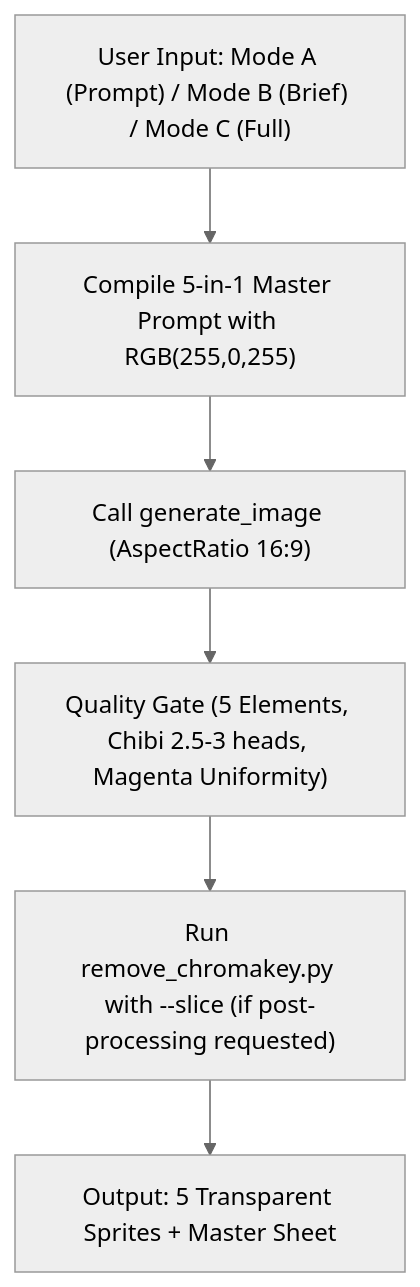
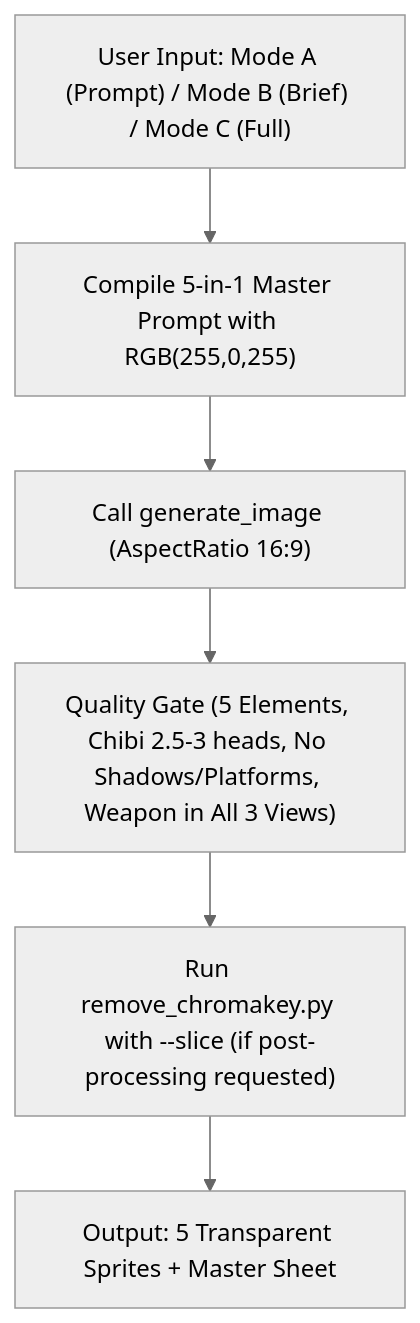
One commit to oneruit/roguelike-coop-game changed the diagram in .agents/skills/character-pipeline/SKILL.md. Above: the diagram before and after it, drawn with Mermaid (neutral theme). The commit also changed other lines of this file and 2 other files, not shown here.

````diff
--- a/.agents/skills/character-pipeline/SKILL.md
+++ b/.agents/skills/character-pipeline/SKILL.md
@@ -185,8 +185,8 @@
 ```mermaid
 flowchart TD
     A["User Input: Mode A (Prompt) / Mode B (Brief) / Mode C (Full)"] --> B["Compile 5-in-1 Master Prompt with RGB(255,0,255)"]
     B --> C["Call generate_image (AspectRatio 16:9)"]
-    C --> D["Quality Gate (5 Elements, Chibi 2.5-3 heads, Magenta Uniformity)"]
+    C --> D["Quality Gate (5 Elements, Chibi 2.5-3 heads, No Shadows/Platforms, Weapon in All 3 Views)"]
     D --> E["Run remove_chromakey.py with --slice (if post-processing requested)"]
     E --> F["Output: 5 Transparent Sprites + Master Sheet"]
 ```
````
